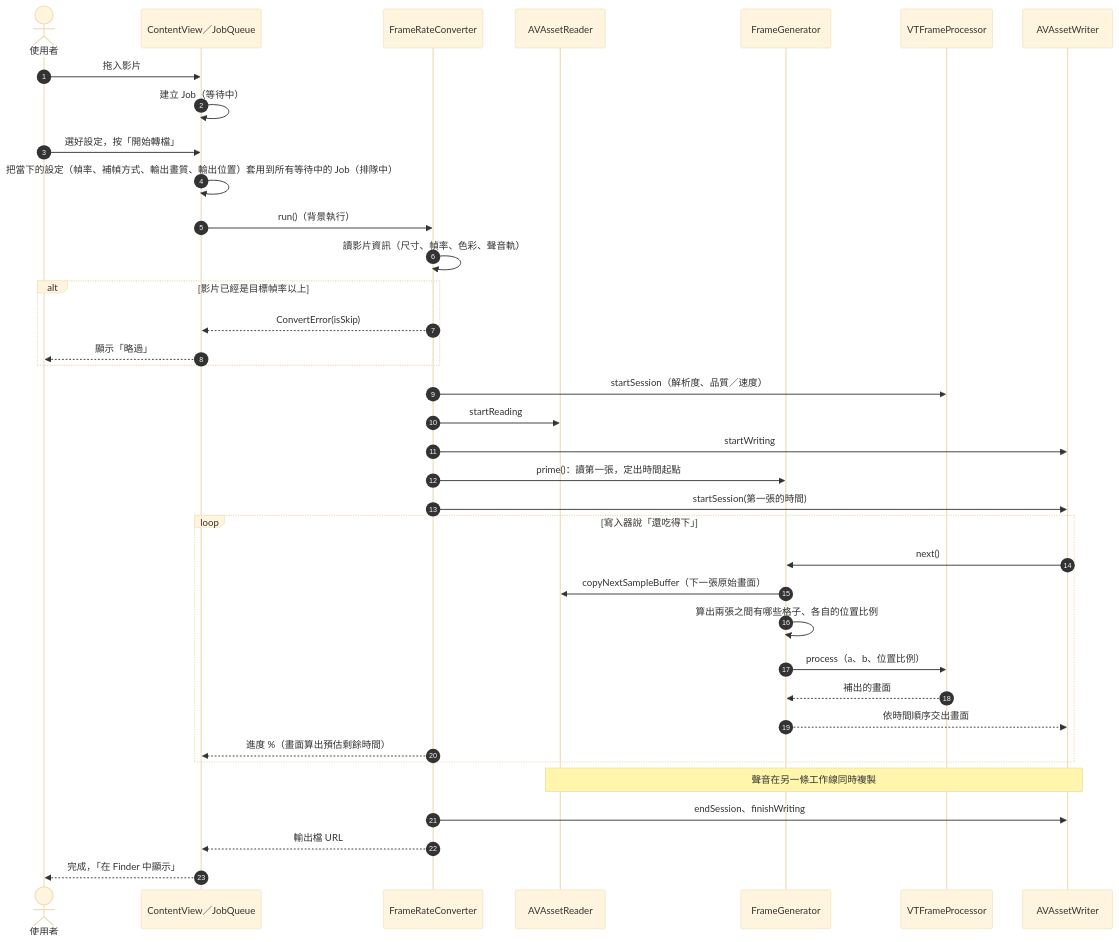
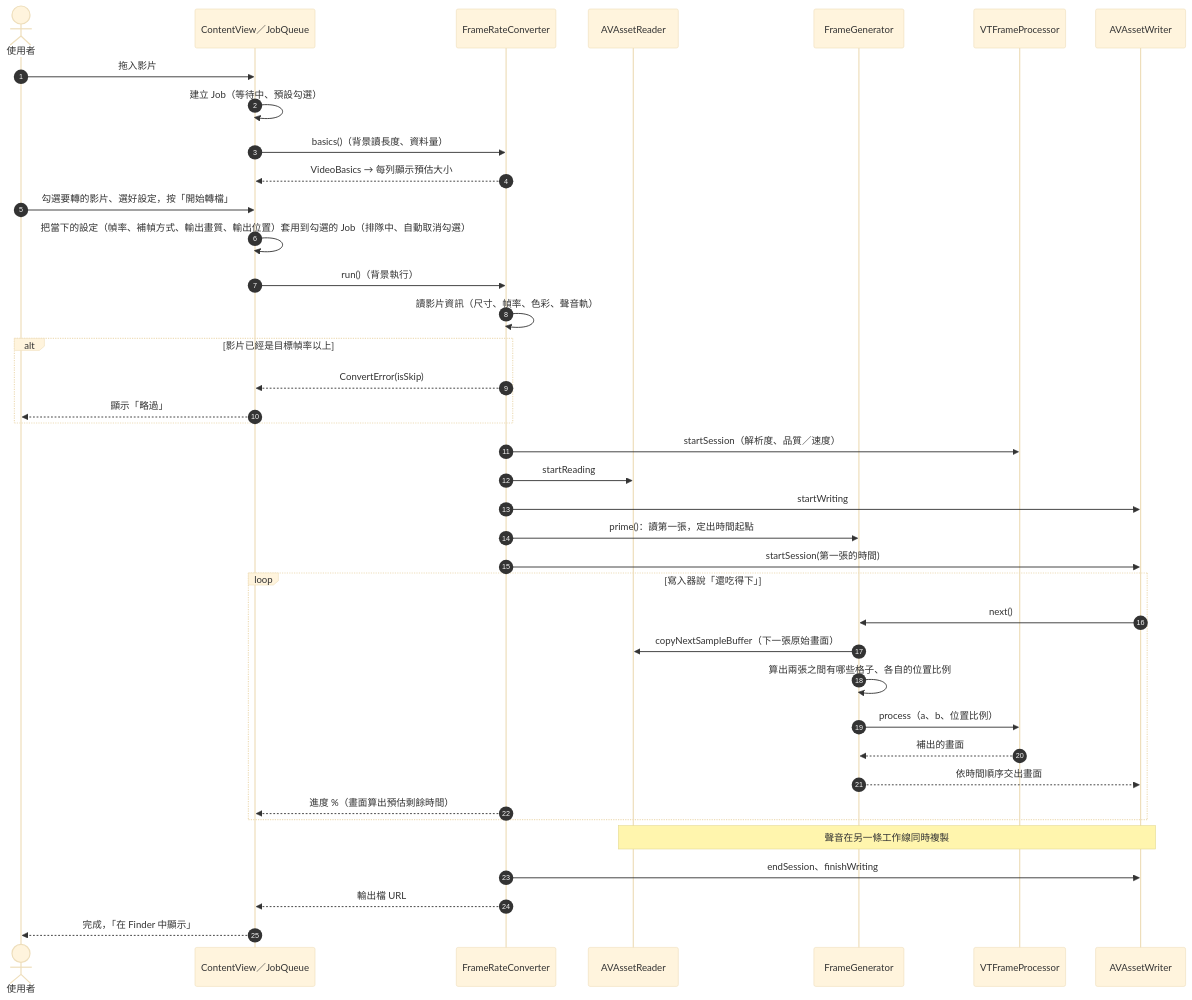
One commit to WebberningMoney/frame-booster changed the third of 6 diagrams in docs/ARCHITECTURE.md. Above: the diagram before and after it, drawn with Mermaid (base theme). The commit also changed other lines of this file and 21 other files, not shown here.

First line of the commit message:
勾選要轉的影片、預估大小、修正 macOS 26 圖示灰框

````diff
--- a/docs/ARCHITECTURE.md
+++ b/docs/ARCHITECTURE.md
@@ -160,40 +175,42 @@
 ```mermaid
 sequenceDiagram
     autonumber
     actor 使用者
     participant UI as ContentView／JobQueue
     participant C as FrameRateConverter
     participant R as AVAssetReader
     participant G as FrameGenerator
     participant AI as VTFrameProcessor
     participant W as AVAssetWriter
 
     使用者->>UI: 拖入影片
-    UI->>UI: 建立 Job（等待中）
-    使用者->>UI: 選好設定，按「開始轉檔」
-    UI->>UI: 把當下的設定（幀率、補幀方式、輸出畫質、輸出位置）套用到所有等待中的 Job（排隊中）
+    UI->>UI: 建立 Job（等待中、預設勾選）
+    UI->>C: basics()（背景讀長度、資料量）
+    C-->>UI: VideoBasics → 每列顯示預估大小
+    使用者->>UI: 勾選要轉的影片、選好設定，按「開始轉檔」
+    UI->>UI: 把當下的設定（幀率、補幀方式、輸出畫質、輸出位置）套用到勾選的 Job（排隊中、自動取消勾選）
     UI->>C: run()（背景執行）
     C->>C: 讀影片資訊（尺寸、幀率、色彩、聲音軌）
     alt 影片已經是目標幀率以上
         C-->>UI: ConvertError(isSkip)
         UI-->>使用者: 顯示「略過」
     end
     C->>AI: startSession（解析度、品質／速度）
     C->>R: startReading
     C->>W: startWriting
     C->>G: prime()：讀第一張，定出時間起點
     C->>W: startSession(第一張的時間)
     loop 寫入器說「還吃得下」
         W->>G: next()
         G->>R: copyNextSampleBuffer（下一張原始畫面）
         G->>G: 算出兩張之間有哪些格子、各自的位置比例
         G->>AI: process（a、b、位置比例）
         AI-->>G: 補出的畫面
         G-->>W: 依時間順序交出畫面
         C-->>UI: 進度 %（畫面算出預估剩餘時間）
     end
     Note over R,W: 聲音在另一條工作線同時複製
     C->>W: endSession、finishWriting
     C-->>UI: 輸出檔 URL
     UI-->>使用者: 完成，「在 Finder 中顯示」
 ```
````
